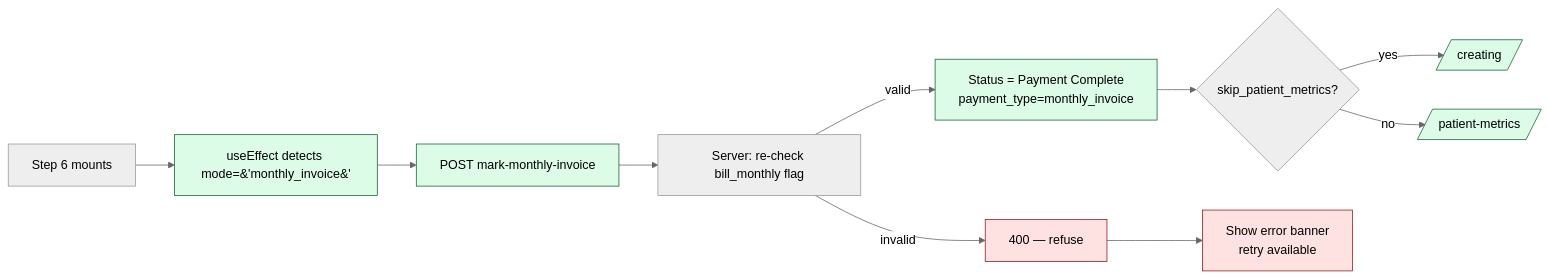
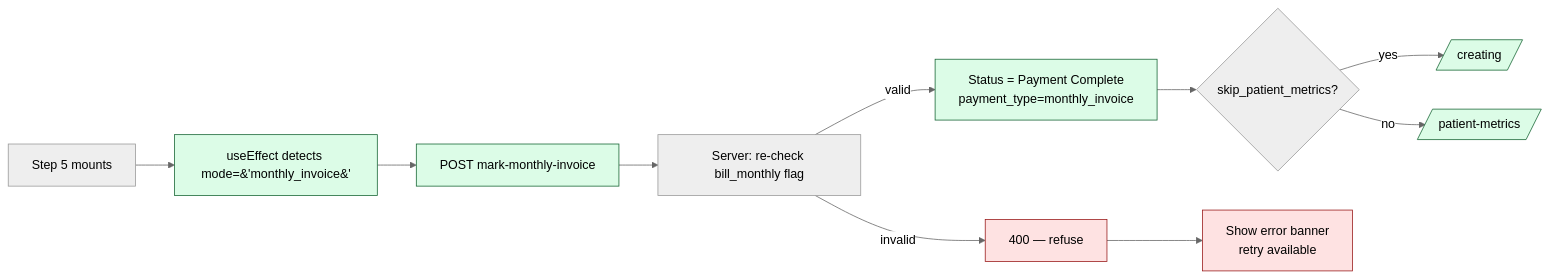
Before and after one commit to LuckyDaWizard/3rd-Party-Booking-System: the fourth of 6 diagrams in booking-app/content/reports/booking-flow.mdx, drawn with Mermaid (neutral theme). The commit also changed other lines of this file and 20 other files, not shown here.

````diff
--- a/booking-app/content/reports/booking-flow.mdx
+++ b/booking-app/content/reports/booking-flow.mdx
@@ -386,17 +353,17 @@
 ```mermaid
 flowchart LR
-    A[Step 6 mounts] --> B["useEffect detects mode=&#39;monthly_invoice&#39;"]
+    A[Step 5 mounts] --> B["useEffect detects mode=&#39;monthly_invoice&#39;"]
     B --> C[POST mark-monthly-invoice]
     C --> D[Server: re-check bill_monthly flag]
     D -->|valid| E[Status = Payment Complete<br/>payment_type=monthly_invoice]
     D -->|invalid| F[400 — refuse]
     E --> G{skip_patient_metrics?}
     G -->|yes| H[/creating/]
     G -->|no| I[/patient-metrics/]
     F --> J[Show error banner<br/>retry available]
 
     classDef ok fill:#dcfce7,stroke:#166534;
     classDef err fill:#fee2e2,stroke:#991b1b;
     class B,C,E,H,I ok;
     class F,J err;
 ```
````
